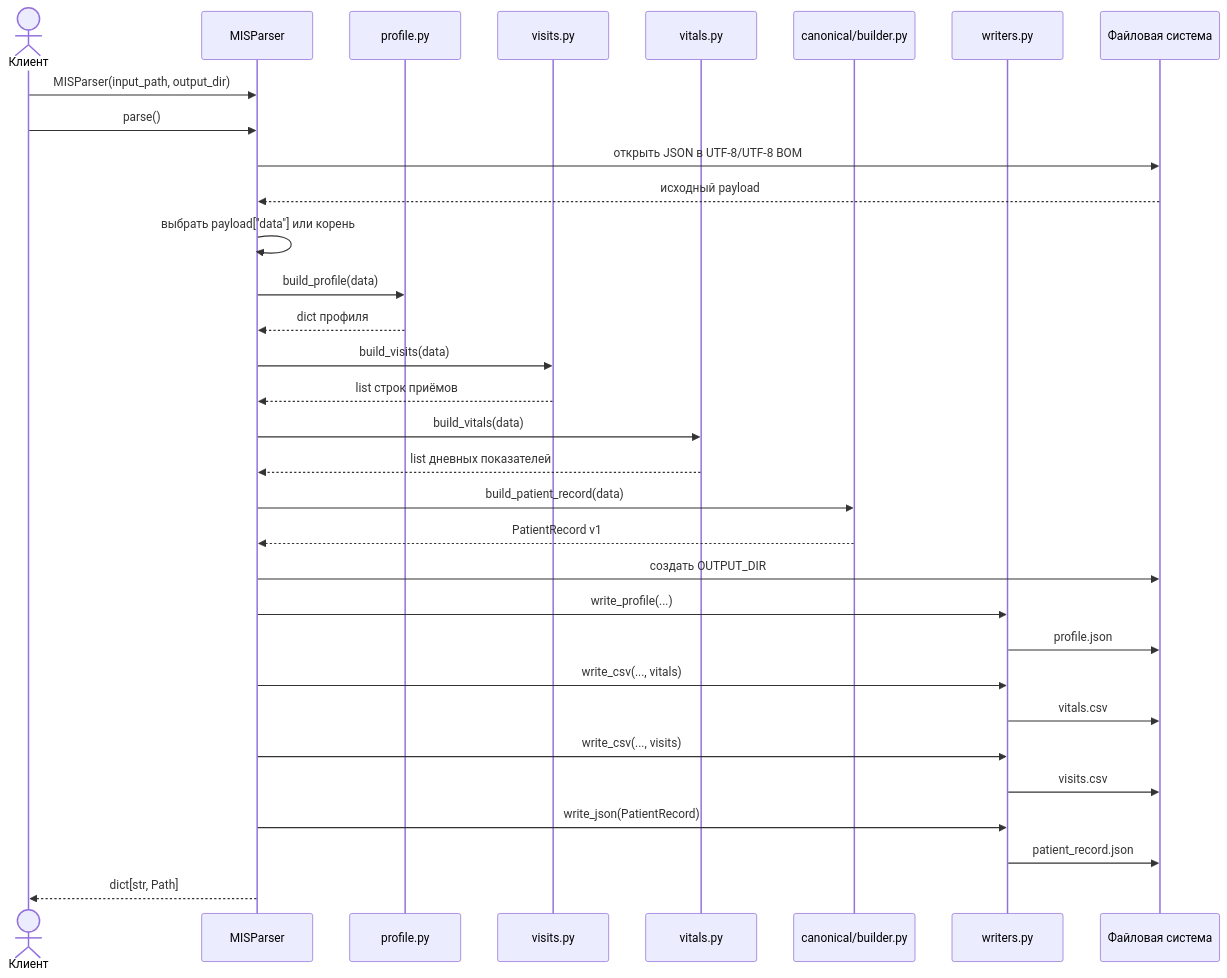
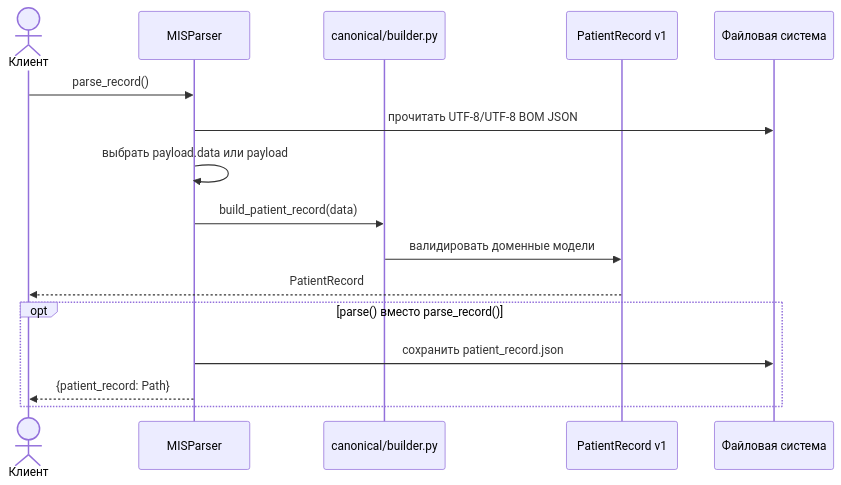
The second of 2 diagrams in docs/parser.md (rsul07/MISDash), drawn with Mermaid before and after one commit. The commit also changed other lines of this file and 12 other files, not shown here.

Commit message:
refactor: remove legacy parser output formats

````diff
--- a/docs/parser.md
+++ b/docs/parser.md
@@ -90,40 +73,20 @@
 ```mermaid
 sequenceDiagram
     actor Client as Клиент
     participant Parser as MISParser
-    participant Profile as profile.py
-    participant Visits as visits.py
-    participant Vitals as vitals.py
-    participant Canonical as canonical/builder.py
-    participant Writers as writers.py
+    participant Builder as canonical/builder.py
+    participant Contract as PatientRecord v1
     participant FS as Файловая система
 
-    Client->>Parser: MISParser(input_path, output_dir)
-    Client->>Parser: parse()
-    Parser->>FS: открыть JSON в UTF-8/UTF-8 BOM
-    FS-->>Parser: исходный payload
-    Parser->>Parser: выбрать payload["data"] или корень
+    Client->>Parser: parse_record()
+    Parser->>FS: прочитать UTF-8/UTF-8 BOM JSON
+    Parser->>Parser: выбрать payload.data или payload
+    Parser->>Builder: build_patient_record(data)
+    Builder->>Contract: валидировать доменные модели
+    Contract-->>Client: PatientRecord
 
-    Parser->>Profile: build_profile(data)
-    Profile-->>Parser: dict профиля
-
-    Parser->>Visits: build_visits(data)
-    Visits-->>Parser: list строк приёмов
-
-    Parser->>Vitals: build_vitals(data)
-    Vitals-->>Parser: list дневных показателей
-
-    Parser->>Canonical: build_patient_record(data)
-    Canonical-->>Parser: PatientRecord v1
-
-    Parser->>FS: создать OUTPUT_DIR
-    Parser->>Writers: write_profile(...)
-    Writers->>FS: profile.json
-    Parser->>Writers: write_csv(..., vitals)
-    Writers->>FS: vitals.csv
-    Parser->>Writers: write_csv(..., visits)
-    Writers->>FS: visits.csv
-    Parser->>Writers: write_json(PatientRecord)
-    Writers->>FS: patient_record.json
-    Parser-->>Client: dict[str, Path]
+    opt parse() вместо parse_record()
+        Parser->>FS: сохранить patient_record.json
+        Parser-->>Client: {patient_record: Path}
+    end
 ```
````
